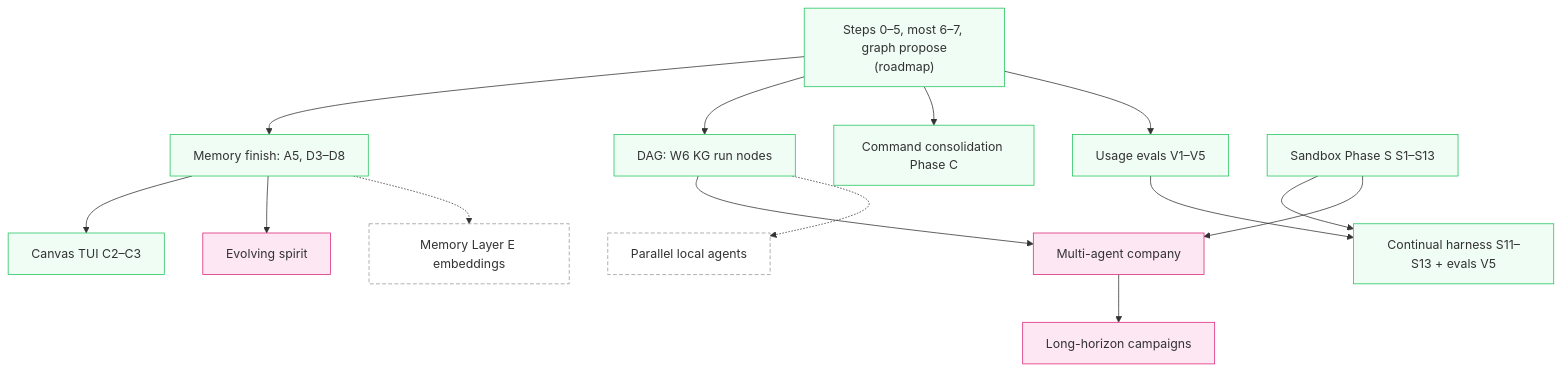
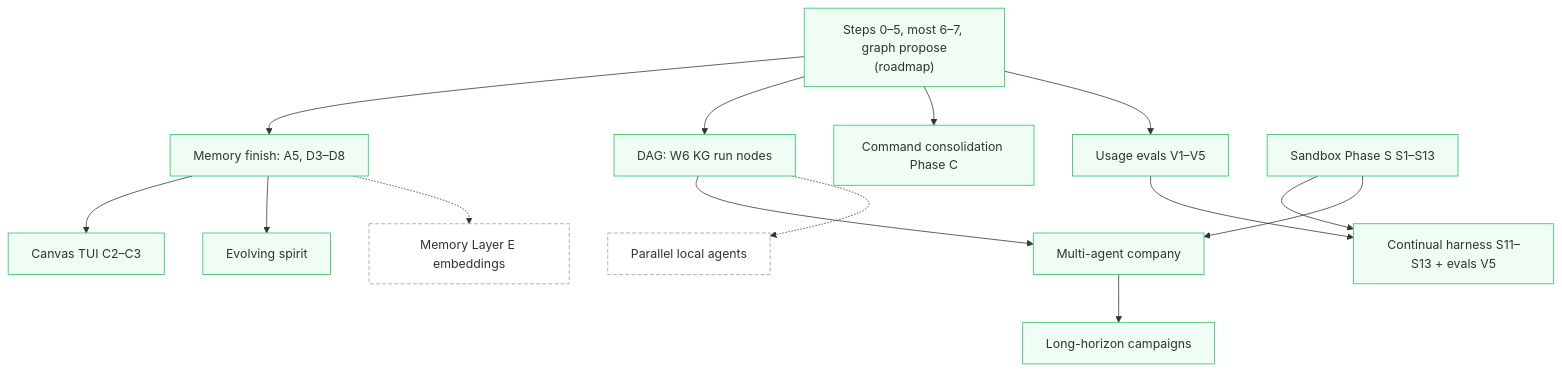
Before and after one commit to XD-Builder/environment-setup: the diagram in lmloop/docs/IMPLEMENTATION_PLAN.md, drawn with Mermaid. The commit also changed other lines of this file and 40 other files, not shown here.

First line of the commit message:
feat: ship wave 3 company, spirit, and campaigns

````diff
--- a/lmloop/docs/IMPLEMENTATION_PLAN.md
+++ b/lmloop/docs/IMPLEMENTATION_PLAN.md
@@ -48,37 +48,37 @@
 ```mermaid
 flowchart TD
   classDef done fill:#f0fdf4,stroke:#22c55e
   classDef wave1 fill:#eef6ff,stroke:#3b82f6
   classDef wave2 fill:#fef9c3,stroke:#ca8a04
   classDef wave3 fill:#fce7f3,stroke:#db2777
   classDef wave4 fill:#f5f5f5,stroke:#666
   classDef defer fill:#fff,stroke:#999,stroke-dasharray:5 3
 
   shipped["Steps 0–5, most 6–7, graph propose<br/>(roadmap)"]:::done
   mem["Memory finish: A5, D3–D8"]:::done
   dag["DAG: W6 KG run nodes"]:::done
   cmd["Command consolidation Phase C"]:::done
   evals["Usage evals V1–V5"]:::done
   sandbox["Sandbox Phase S S1–S13"]:::done
   canvas["Canvas TUI C2–C3"]:::done
   cont["Continual harness S11–S13 + evals V5"]:::done
-  company["Multi-agent company"]:::wave3
-  spirit["Evolving spirit"]:::wave3
-  horizon["Long-horizon campaigns"]:::wave3
+  company["Multi-agent company"]:::done
+  spirit["Evolving spirit"]:::done
+  horizon["Long-horizon campaigns"]:::done
   emb["Memory Layer E embeddings"]:::defer
   par["Parallel local agents"]:::defer
 
   shipped --> mem
   shipped --> dag
   shipped --> cmd
   shipped --> evals
   mem --> canvas
   evals --> cont
   sandbox --> cont
   sandbox --> company
   dag --> company
   mem --> spirit
   company --> horizon
   mem -.-> emb
   dag -.-> par
 ```
````
